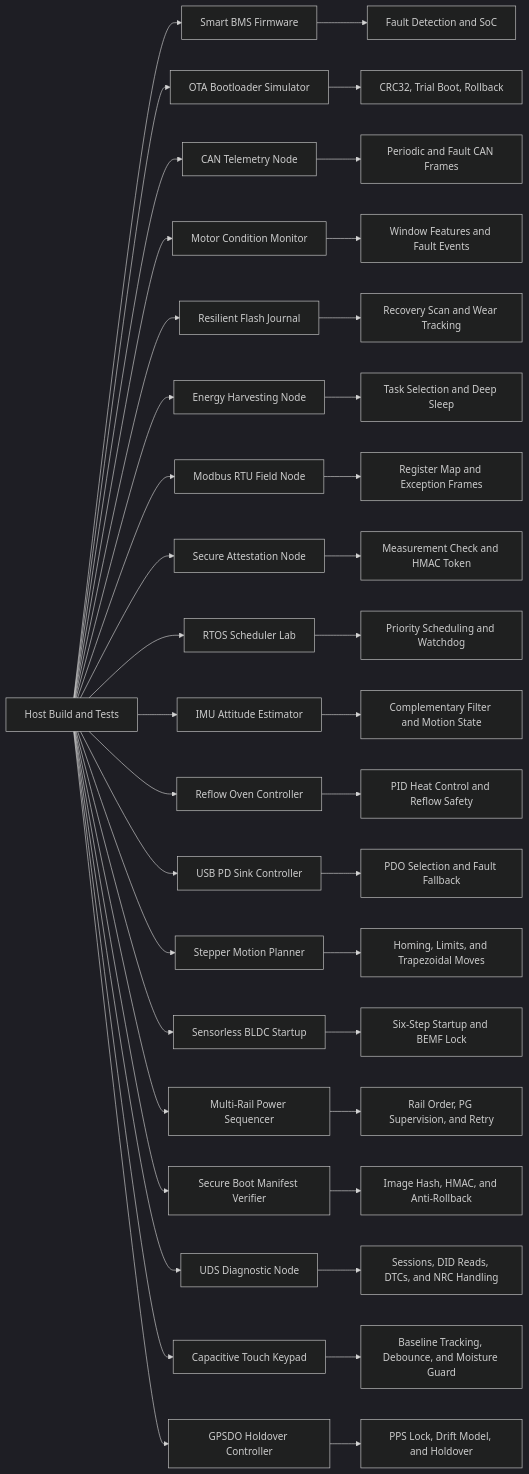
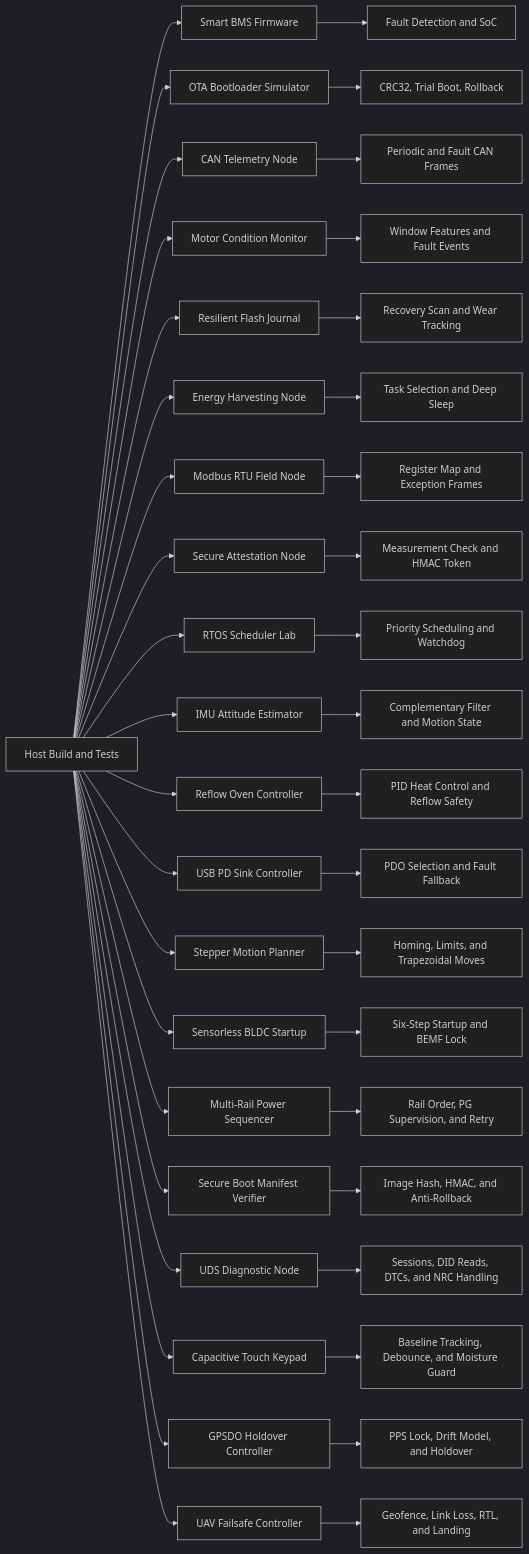
The diagram in README.md (akifitu/embedded-systems-portfolio-lab), drawn with Mermaid (dark theme) before and after one commit. The commit also changed other lines of this file and 16 other files, not shown here.

Commit message:
Add UAV failsafe controller project

````diff
--- a/README.md
+++ b/README.md
@@ -37,41 +38,43 @@
 ```mermaid
 flowchart LR
     Host[Host Build and Tests] --> BMS[Smart BMS Firmware]
     Host --> OTA[OTA Bootloader Simulator]
     Host --> CAN[CAN Telemetry Node]
     Host --> MCM[Motor Condition Monitor]
     Host --> RFJ[Resilient Flash Journal]
     Host --> EHN[Energy Harvesting Node]
     Host --> MB[Modbus RTU Field Node]
     Host --> SAN[Secure Attestation Node]
     Host --> RTOS[RTOS Scheduler Lab]
     Host --> IMU[IMU Attitude Estimator]
     Host --> RO[Reflow Oven Controller]
     Host --> PD[USB PD Sink Controller]
     Host --> SMP[Stepper Motion Planner]
     Host --> BLDC[Sensorless BLDC Startup]
     Host --> PSEQ[Multi-Rail Power Sequencer]
     Host --> SBV[Secure Boot Manifest Verifier]
     Host --> UDS[UDS Diagnostic Node]
     Host --> TOUCH[Capacitive Touch Keypad]
     Host --> GPSDO[GPSDO Holdover Controller]
+    Host --> UAV[UAV Failsafe Controller]
     BMS --> Safety[Fault Detection and SoC]
     OTA --> Reliability[CRC32, Trial Boot, Rollback]
     CAN --> VehicleBus[Periodic and Fault CAN Frames]
     MCM --> Predictive[Window Features and Fault Events]
     RFJ --> Persistence[Recovery Scan and Wear Tracking]
     EHN --> Power[Task Selection and Deep Sleep]
     MB --> Industrial[Register Map and Exception Frames]
     SAN --> Trust[Measurement Check and HMAC Token]
     RTOS --> Timing[Priority Scheduling and Watchdog]
     IMU --> Fusion[Complementary Filter and Motion State]
     RO --> Thermal[PID Heat Control and Reflow Safety]
     PD --> Negotiation[PDO Selection and Fault Fallback]
     SMP --> Motion[Homing, Limits, and Trapezoidal Moves]
     BLDC --> Drive[Six-Step Startup and BEMF Lock]
     PSEQ --> BoardPower[Rail Order, PG Supervision, and Retry]
     SBV --> Chain[Image Hash, HMAC, and Anti-Rollback]
     UDS --> Diag[Sessions, DID Reads, DTCs, and NRC Handling]
     TOUCH --> HMI[Baseline Tracking, Debounce, and Moisture Guard]
     GPSDO --> Timing2[PPS Lock, Drift Model, and Holdover]
+    UAV --> Flight[Geofence, Link Loss, RTL, and Landing]
 ```
````
